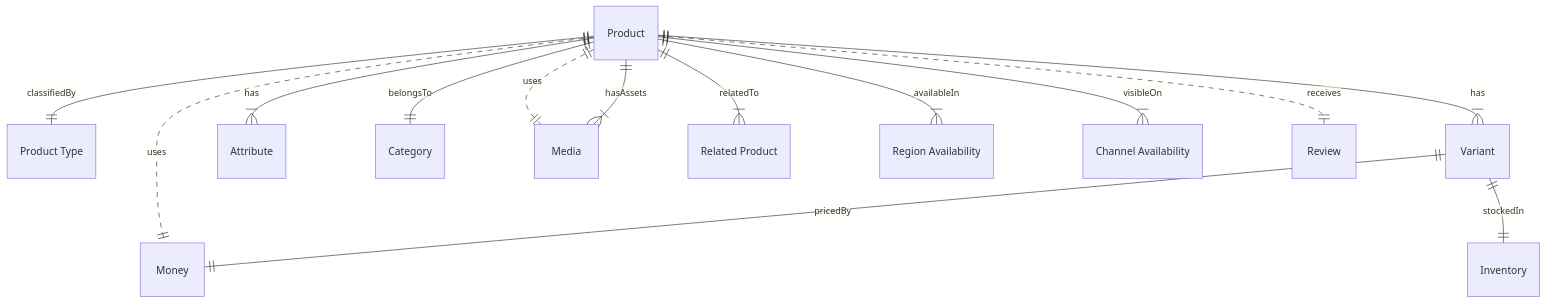
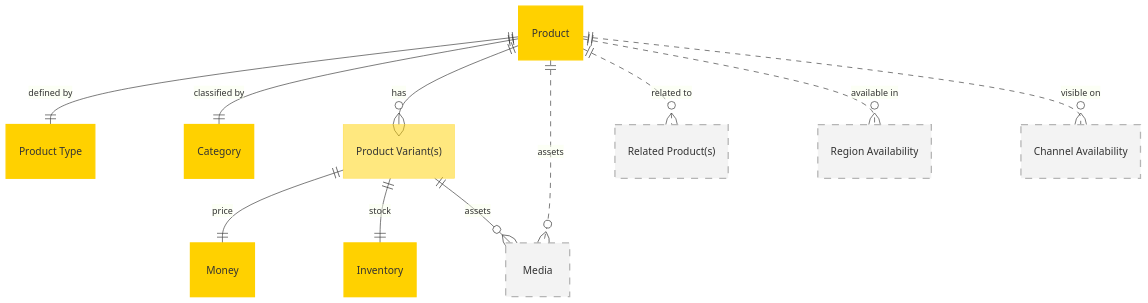
Before and after one commit to devondragon/standards: the diagram in models/entities/product/product.md, drawn with Mermaid. The commit also changed other lines of this file and 22 other files, not shown here.

````diff
--- a/models/entities/product/product.md
+++ b/models/entities/product/product.md
@@ -404,16 +870,17 @@
 ```mermaid
 erDiagram
-    Product ||--|| "Product Type" : classifiedBy
-    Product ||--|{ Variant : has
-    Variant ||--|| Money : pricedBy
-    Variant ||--|| Inventory : stockedIn
-    Product ||--|{ Attribute : has
-    Product ||--|| Category : belongsTo
-    Product ||--|{ Media : hasAssets
-    Product ||--|{ "Related Product" : relatedTo
-    Product ||--|{ "Region Availability" : availableIn
-    Product ||--|{ "Channel Availability" : visibleOn
-    Product ||..|| Review : receives
-    Product ||..|| Money : uses
-    Product ||..|| Media : uses
+Product:::entity 1 to 1 "Product Type":::entity : "defined by"
+Product 1 to 1 Category:::entity : "classified by"
+Product 1 to 0+ "Product Variant(s)":::internalRel : "has"
+"Product Variant(s)" 1 to 1 Money:::entity : price
+"Product Variant(s)" 1 to 1 Inventory:::entity : stock
+Product 1 optionally to 0+ Media:::optionalRel : "assets"
+"Product Variant(s)" 1 to 0+ Media:::optionalRel : "assets"
+Product 1 optionally to 0+ "Related Product(s)":::optionalRel : "related to"
+Product 1 optionally to 0+ "Region Availability":::optionalRel : "available in"
+Product 1 optionally to 0+ "Channel Availability":::optionalRel : "visible on"
+
+classDef entity fill:#ffd100, stroke:#ffd100,stroke-width:2px
+classDef internalRel fill:#ffd10080, stroke:#ffd10080,stroke-width:1px
+classDef optionalRel stroke:#b5b5b5, stroke-dasharray: 1 1, fill:#f3f3f3, stroke-width:2px
 ```
````
